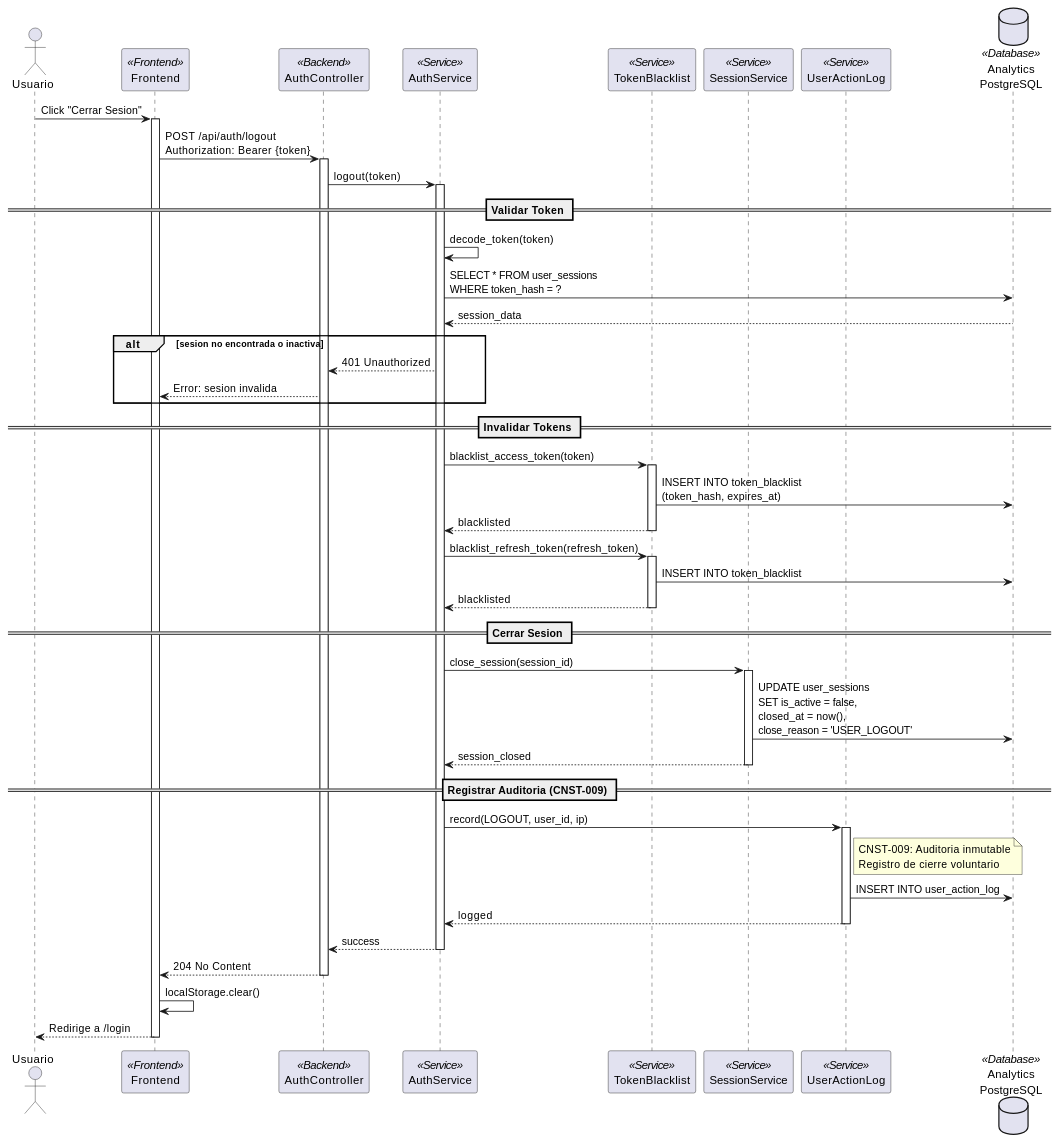
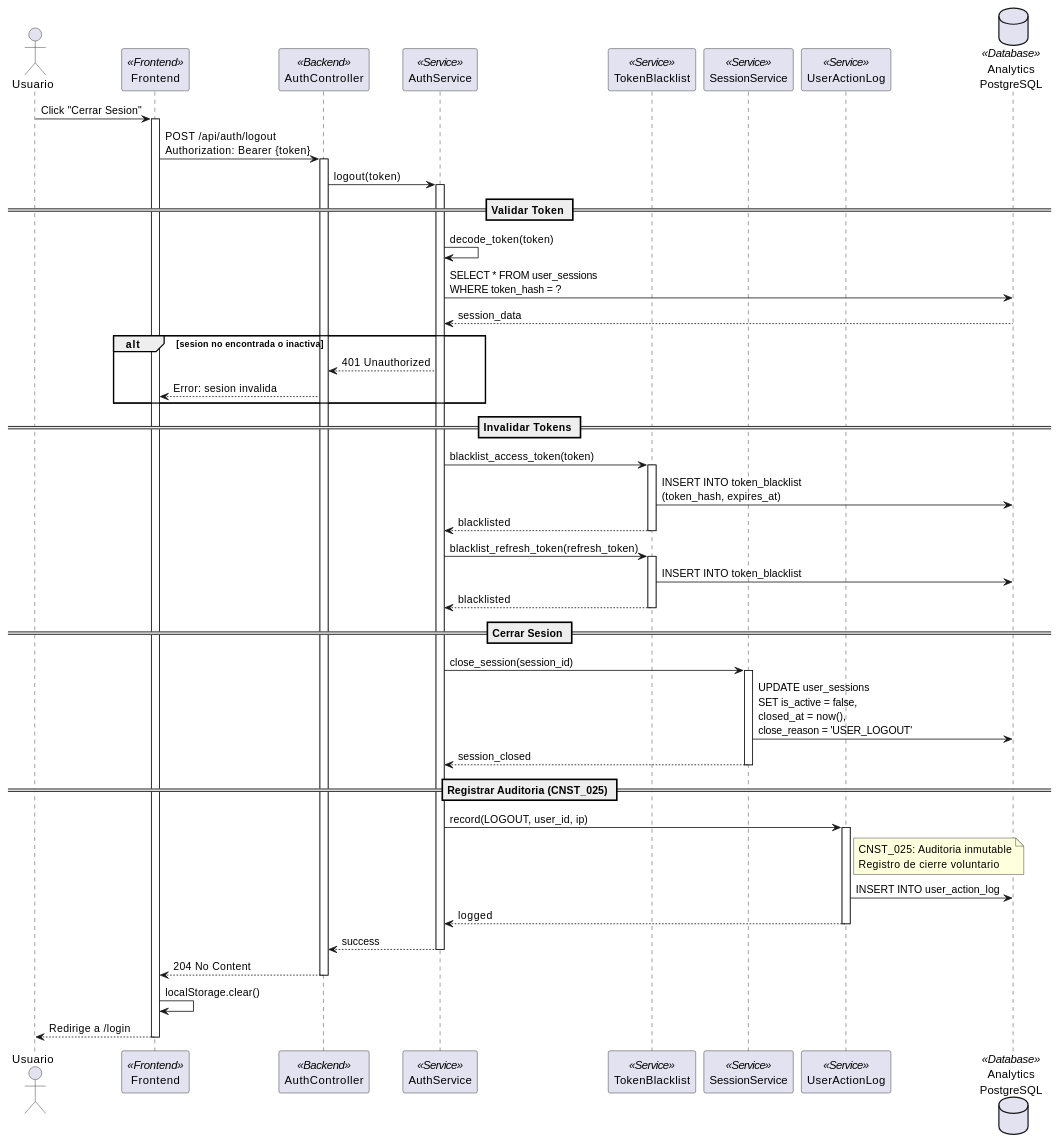
Before and after one commit to jcg-admin/IACT-docs: the second of 3 diagrams in source/requisitos/casos_uso/auth/UC_AUTH_02_Cerrar_Sesion.rst, drawn with PlantUML. The commit also changed other lines of this file and 67 other files, not shown here.

```diff
--- a/source/requisitos/casos_uso/auth/UC_AUTH_02_Cerrar_Sesion.rst
+++ b/source/requisitos/casos_uso/auth/UC_AUTH_02_Cerrar_Sesion.rst
@@ -181,75 +181,75 @@
 .. uml::
    :caption: Diagrama de Secuencia - UC_AUTH_02
 
    @startuml
 
    actor "Usuario" as U
    participant "Frontend" as FE <<Frontend>>
    participant "AuthController" as AC <<Backend>>
    participant "AuthService" as AS <<Service>>
    participant "TokenBlacklist" as TB <<Service>>
    participant "SessionService" as SS <<Service>>
    participant "UserActionLog" as UAL <<Service>>
    database "Analytics\nPostgreSQL" as DB <<Database>>
 
    U -> FE: Click "Cerrar Sesion"
    activate FE
 
    FE -> AC: POST /api/auth/logout\nAuthorization: Bearer {token}
    activate AC
 
    AC -> AS: logout(token)
    activate AS
 
    == Validar Token ==
    AS -> AS: decode_token(token)
    AS -> DB: SELECT * FROM user_sessions\nWHERE token_hash = ?
    DB --> AS: session_data
 
    alt sesion no encontrada o inactiva
      AS --> AC: 401 Unauthorized
      AC --> FE: Error: sesion invalida
    end
 
    == Invalidar Tokens ==
    AS -> TB: blacklist_access_token(token)
    activate TB
    TB -> DB: INSERT INTO token_blacklist\n(token_hash, expires_at)
    TB --> AS: blacklisted
    deactivate TB
 
    AS -> TB: blacklist_refresh_token(refresh_token)
    activate TB
    TB -> DB: INSERT INTO token_blacklist
    TB --> AS: blacklisted
    deactivate TB
 
    == Cerrar Sesion ==
    AS -> SS: close_session(session_id)
    activate SS
    SS -> DB: UPDATE user_sessions\nSET is_active = false,\nclosed_at = now(),\nclose_reason = 'USER_LOGOUT'
    SS --> AS: session_closed
    deactivate SS
 
-   == Registrar Auditoria (CNST-009) ==
+   == Registrar Auditoria (CNST_025) ==
    AS -> UAL: record(LOGOUT, user_id, ip)
    activate UAL
    note right of UAL
-     CNST-009: Auditoria inmutable
+     CNST_025: Auditoria inmutable
      Registro de cierre voluntario
    end note
    UAL -> DB: INSERT INTO user_action_log
    UAL --> AS: logged
    deactivate UAL
 
    AS --> AC: success
    deactivate AS
 
    AC --> FE: 204 No Content
    deactivate AC
 
    FE -> FE: localStorage.clear()
    FE --> U: Redirige a /login
    deactivate FE
 
    @enduml
```
